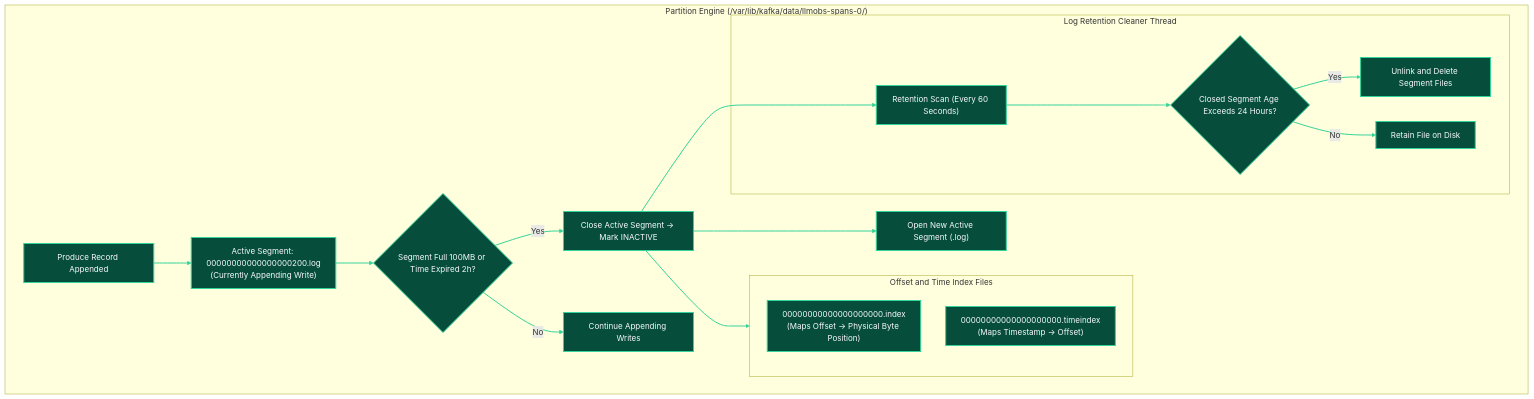
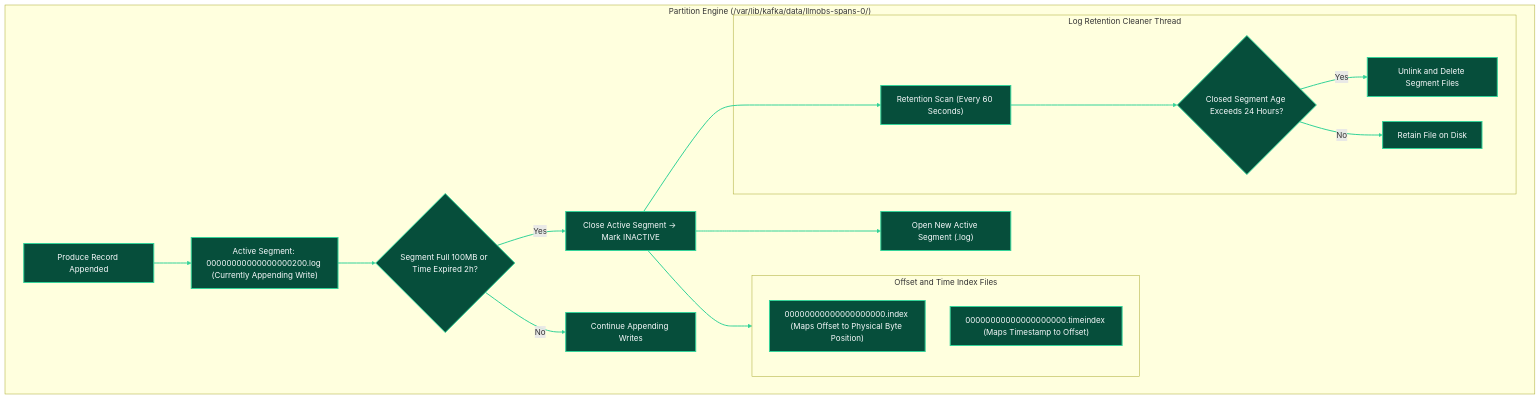
One commit to Chief-Strategist-J/llm-obs-infra changed diagram 15 of 18 in docs/configDoc/kafka-configuration-guide.md. Above: the diagram before and after it, drawn with Mermaid. The commit also changed other lines of this file, not shown here.

Commit message:
docs(kafka): fix Mermaid rendering syntax errors by converting undirected links to directed arrows and removing HTML break tags in labels

````diff
--- a/docs/configDoc/kafka-configuration-guide.md
+++ b/docs/configDoc/kafka-configuration-guide.md
@@ -1256,41 +1256,41 @@
 ```mermaid
 graph TB
     subgraph PartitionDirectoryEngine ["Partition Engine (/var/lib/kafka/data/llmobs-spans-0/)"]
-        WriteOp["Produce Record Appended"] --> ActiveSegment["Active Segment: 00000000000000000200.log<br/>(Currently Appending Write)"]
+        WriteOp["Produce Record Appended"] --> ActiveSegment["Active Segment: 00000000000000000200.log (Currently Appending Write)"]
 
         ActiveSegment --> RollCondition{"Segment Full 100MB or Time Expired 2h?"}
         RollCondition -- Yes --> CloseSegment["Close Active Segment -> Mark INACTIVE"]
         CloseSegment --> OpenNew["Open New Active Segment (.log)"]
         RollCondition -- No --> KeepWriting["Continue Appending Writes"]
 
         subgraph IndexLookups ["Offset and Time Index Files"]
-            OffsetIndex["00000000000000000000.index<br/>(Maps Offset -> Physical Byte Position)"]
-            TimeIndex["00000000000000000000.timeindex<br/>(Maps Timestamp -> Offset)"]
+            OffsetIndex["00000000000000000000.index (Maps Offset to Physical Byte Position)"]
+            TimeIndex["00000000000000000000.timeindex (Maps Timestamp to Offset)"]
         end
 
         CloseSegment --> IndexLookups
 
         subgraph LogRetentionCleaner ["Log Retention Cleaner Thread"]
             CleanerScan["Retention Scan (Every 60 Seconds)"] --> RetentionCheck{"Closed Segment Age Exceeds 24 Hours?"}
             RetentionCheck -- Yes --> UnlinkFile["Unlink and Delete Segment Files"]
             RetentionCheck -- No --> RetainSegment["Retain File on Disk"]
         end
 
         CloseSegment --> CleanerScan
     end
 
     style WriteOp fill:#064e3b,stroke:#34d399,stroke-width:2px,color:#f8fafc
     style ActiveSegment fill:#064e3b,stroke:#34d399,stroke-width:2px,color:#f8fafc
     style RollCondition fill:#064e3b,stroke:#34d399,stroke-width:2px,color:#f8fafc
     style CloseSegment fill:#064e3b,stroke:#34d399,stroke-width:2px,color:#f8fafc
     style OpenNew fill:#064e3b,stroke:#34d399,stroke-width:2px,color:#f8fafc
     style KeepWriting fill:#064e3b,stroke:#34d399,stroke-width:2px,color:#f8fafc
     style OffsetIndex fill:#064e3b,stroke:#34d399,stroke-width:2px,color:#f8fafc
     style TimeIndex fill:#064e3b,stroke:#34d399,stroke-width:2px,color:#f8fafc
     style CleanerScan fill:#064e3b,stroke:#34d399,stroke-width:2px,color:#f8fafc
     style RetentionCheck fill:#064e3b,stroke:#34d399,stroke-width:2px,color:#f8fafc
     style UnlinkFile fill:#064e3b,stroke:#34d399,stroke-width:2px,color:#f8fafc
     style RetainSegment fill:#064e3b,stroke:#34d399,stroke-width:2px,color:#f8fafc
 
     linkStyle 0,1,2,3,4,5,6,7,8,9 stroke:#34d399,stroke-width:2px;
 ```
````
